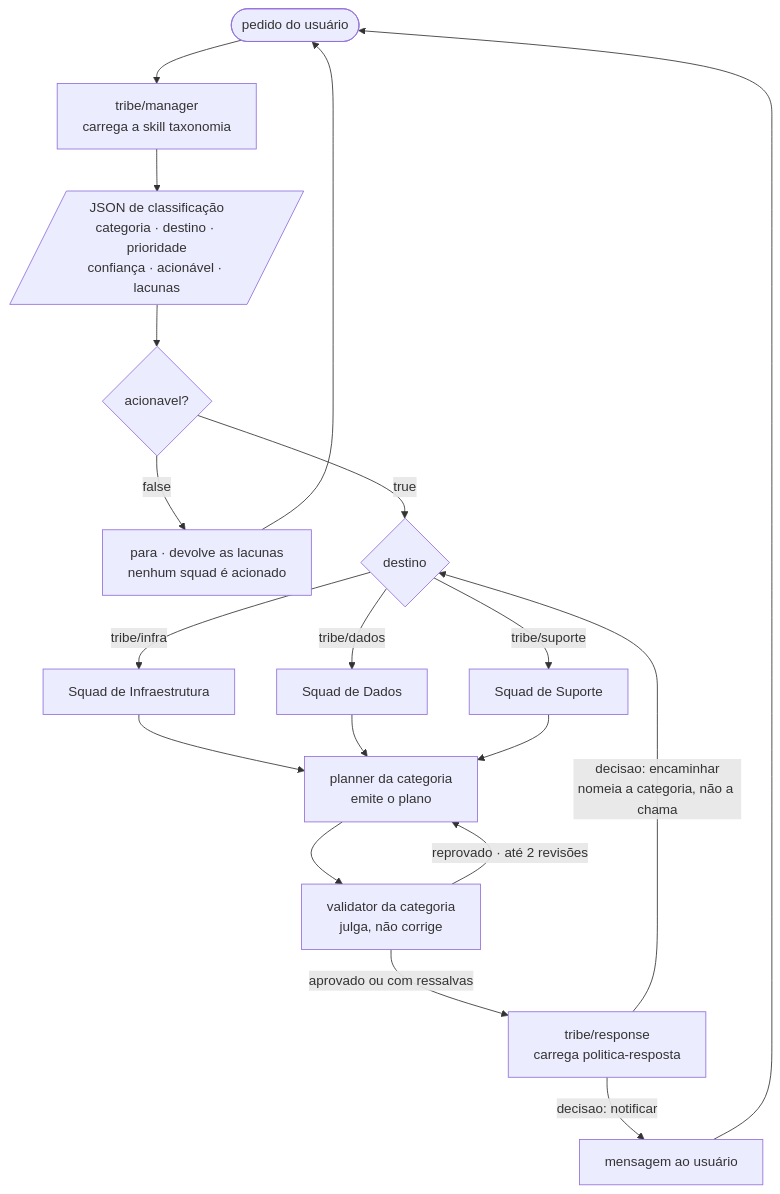
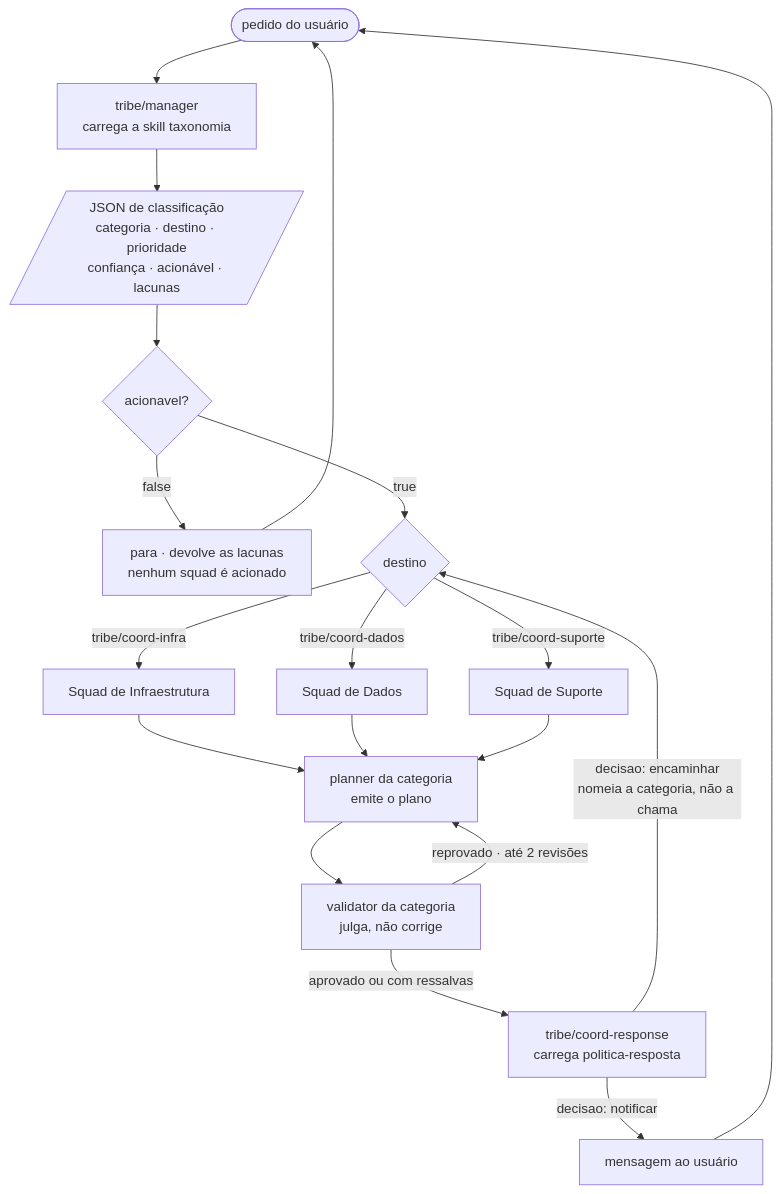
The first of 2 diagrams in tribe/README.md (0xHackerSpace/squadAgents), drawn with Mermaid before and after one commit. The commit also changed other lines of this file and 15 other files, not shown here.

````diff
--- a/tribe/README.md
+++ b/tribe/README.md
@@ -35,20 +40,20 @@
 ```mermaid
 flowchart TD
     U(["pedido do usuário"]) --> M["tribe/manager<br/>carrega a skill taxonomia"]
     M --> J[/"JSON de classificação<br/>categoria · destino · prioridade<br/>confiança · acionável · lacunas"/]
     J --> A{"acionavel?"}
     A -->|"false"| P["para · devolve as lacunas<br/>nenhum squad é acionado"]
     A -->|"true"| D{"destino"}
-    D -->|"tribe/infra"| I["Squad de Infraestrutura"]
-    D -->|"tribe/dados"| DA["Squad de Dados"]
-    D -->|"tribe/suporte"| S["Squad de Suporte"]
+    D -->|"tribe/coord-infra"| I["Squad de Infraestrutura"]
+    D -->|"tribe/coord-dados"| DA["Squad de Dados"]
+    D -->|"tribe/coord-suporte"| S["Squad de Suporte"]
 
     I & DA & S --> PL["planner da categoria<br/>emite o plano"]
     PL --> VA["validator da categoria<br/>julga, não corrige"]
     VA -->|"reprovado · até 2 revisões"| PL
-    VA -->|"aprovado ou com ressalvas"| RC["tribe/response<br/>carrega politica-resposta"]
+    VA -->|"aprovado ou com ressalvas"| RC["tribe/coord-response<br/>carrega politica-resposta"]
     RC -->|"decisao: encaminhar<br/>nomeia a categoria, não a chama"| D
     RC -->|"decisao: notificar"| R["mensagem ao usuário"]
     P --> U
     R --> U
 ```
````
